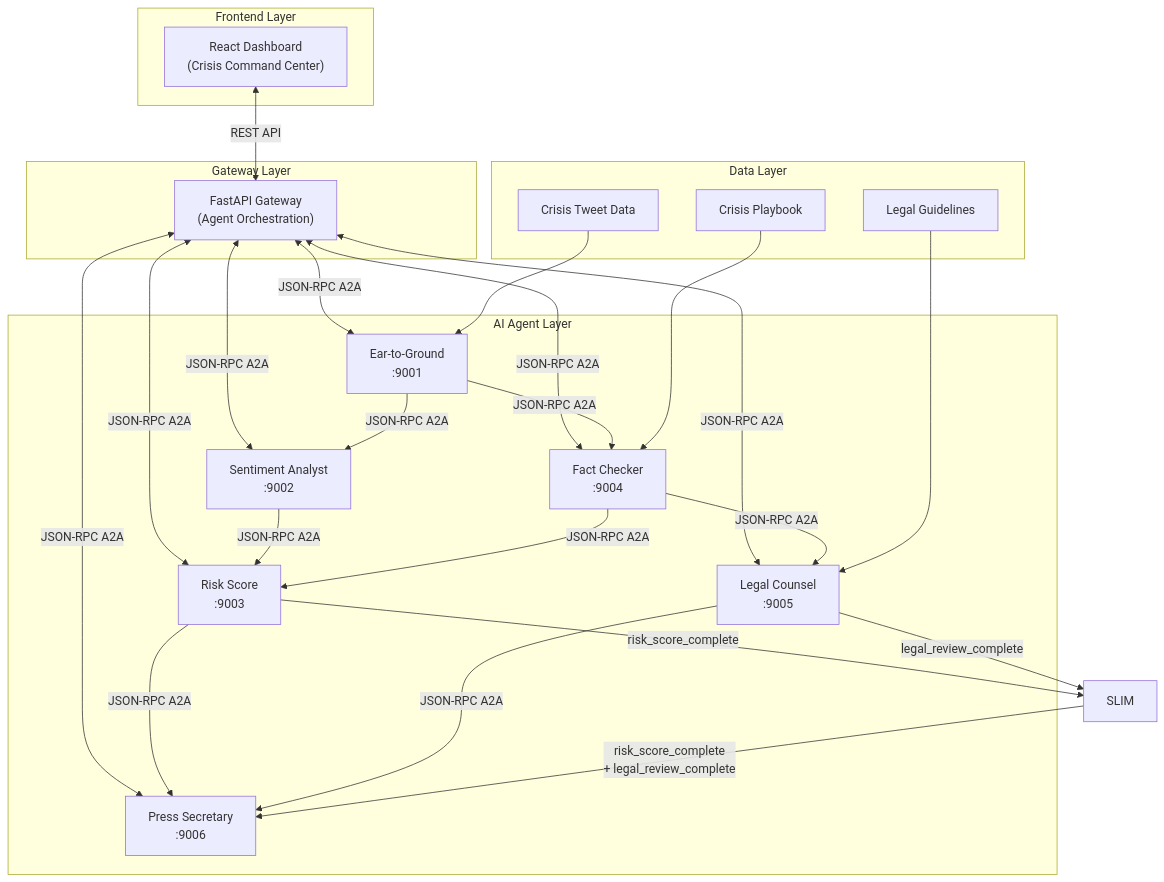
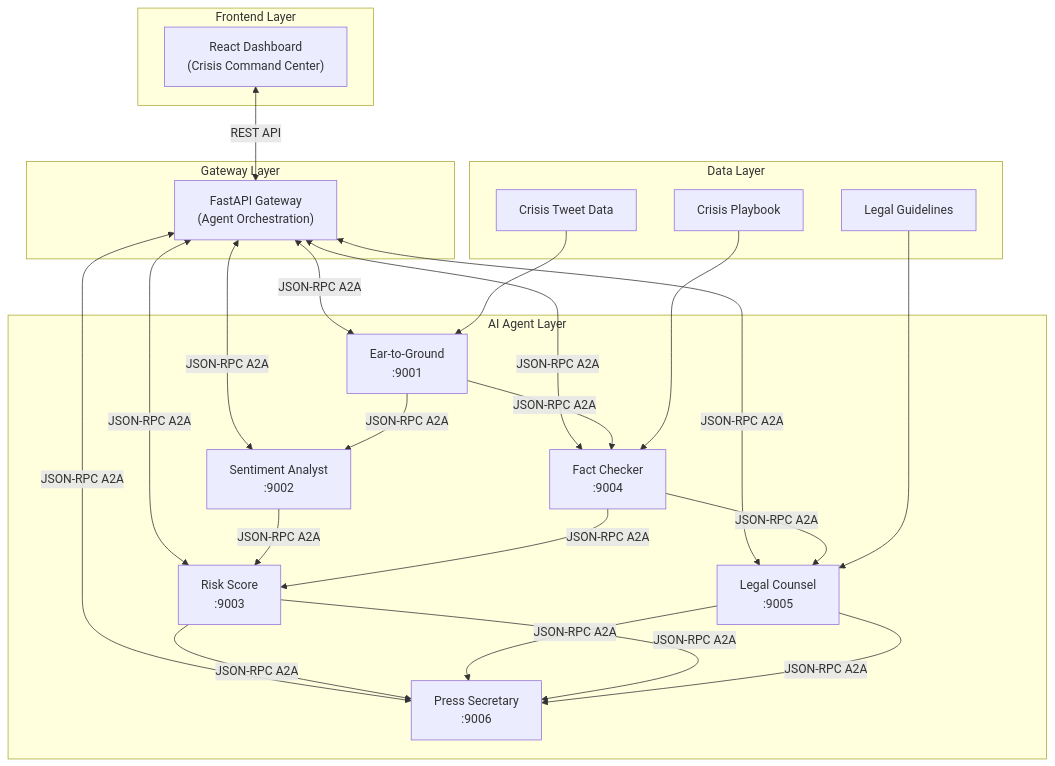
The first of 2 diagrams in docs/orbit-architecture.md (Laci21/orbit), drawn with Mermaid before and after one commit. The commit also changed 14 other files, not shown here.

````diff
--- a/docs/orbit-architecture.md
+++ b/docs/orbit-architecture.md
@@ -9,52 +9,50 @@
 ```mermaid
 graph TD
   subgraph "Frontend Layer"
     BrowserUI["React Dashboard\n(Crisis Command Center)"]
   end
 
   subgraph "Gateway Layer"
     Gateway["FastAPI Gateway\n(Agent Orchestration)"]
   end
 
   subgraph "AI Agent Layer"
     Ear["Ear-to-Ground\n:9001"]
     Sent["Sentiment Analyst\n:9002"]
     Risk["Risk Score\n:9003"]
     Fact["Fact Checker\n:9004"]
     Legal["Legal Counsel\n:9005"]
     Press["Press Secretary\n:9006"]
   end
 
   subgraph "Data Layer"
     TweetData["Crisis Tweet Data"]
     Playbook["Crisis Playbook"]
     LegalRubric["Legal Guidelines"]
   end
 
   BrowserUI <--> |"REST API"| Gateway
   Gateway <--> |"JSON-RPC A2A"| Ear
   Gateway <--> |"JSON-RPC A2A"| Sent
   Gateway <--> |"JSON-RPC A2A"| Risk
   Gateway <--> |"JSON-RPC A2A"| Fact
   Gateway <--> |"JSON-RPC A2A"| Legal
   Gateway <--> |"JSON-RPC A2A"| Press
   
   Ear --> |"JSON-RPC A2A"| Sent
   Ear --> |"JSON-RPC A2A"| Fact
   
   Fact --> |"JSON-RPC A2A"| Legal
   Sent --> |"JSON-RPC A2A"| Risk
   Fact --> |"JSON-RPC A2A"| Risk
   
   Risk --> |"JSON-RPC A2A"| Press
   Legal --> |"JSON-RPC A2A"| Press
   
-  Risk --> |"risk_score_complete"| SLIM
-  Legal --> |"legal_review_complete"| SLIM
-  
-  SLIM --> |"risk_score_complete\n+ legal_review_complete"| Press
+  Risk --> |"JSON-RPC A2A"| Press
+  Legal --> |"JSON-RPC A2A"| Press
   
   TweetData --> Ear
   Playbook --> Fact
   LegalRubric --> Legal
 ```
````
